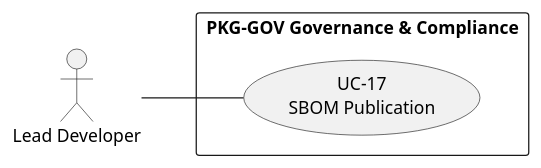
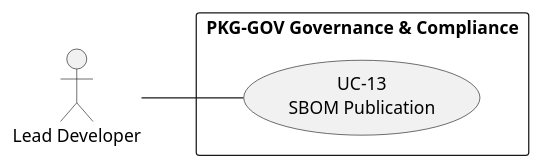
Diagram 11 of 11 in 02_CASES/Case_01_TinyTask_SaaS/03_PHASE3_DECOMPOSITION_RICH/annexes/A_Use_Case_Diagrams.md (pauloribeiro16/Methodology_compact), drawn with PlantUML before and after one commit. The commit also changed other lines of this file and 23 other files, not shown here.

Commit message:
[EXECUTOR] F3 ledger-zero C1: 4 borderline re-laned (UC-07/11/12/16 → PROC-18..21, P7) + compact renumber (36 UCs: compliance 01..13, product 14..36); Doc20 v3.4 + Doc32 v1.3 (4 SSDF cards + articulation) + annexes/SVGs; gates green (verify_rich exit 0, mermaid 196/196, smoke 16/16)

````diff
--- a/02_CASES/Case_01_TinyTask_SaaS/03_PHASE3_DECOMPOSITION_RICH/annexes/A_Use_Case_Diagrams.md
+++ b/02_CASES/Case_01_TinyTask_SaaS/03_PHASE3_DECOMPOSITION_RICH/annexes/A_Use_Case_Diagrams.md
@@ -368,10 +360,10 @@
 ```plantuml
 @startuml
 left to right direction
 actor "Lead Developer" as DEV
 rectangle "PKG-GOV Governance & Compliance" {
-usecase "UC-17\nSBOM Publication" as UC561
+usecase "UC-13\nSBOM Publication" as UC561
 }
 DEV -- UC561
 @enduml
 ```
````
